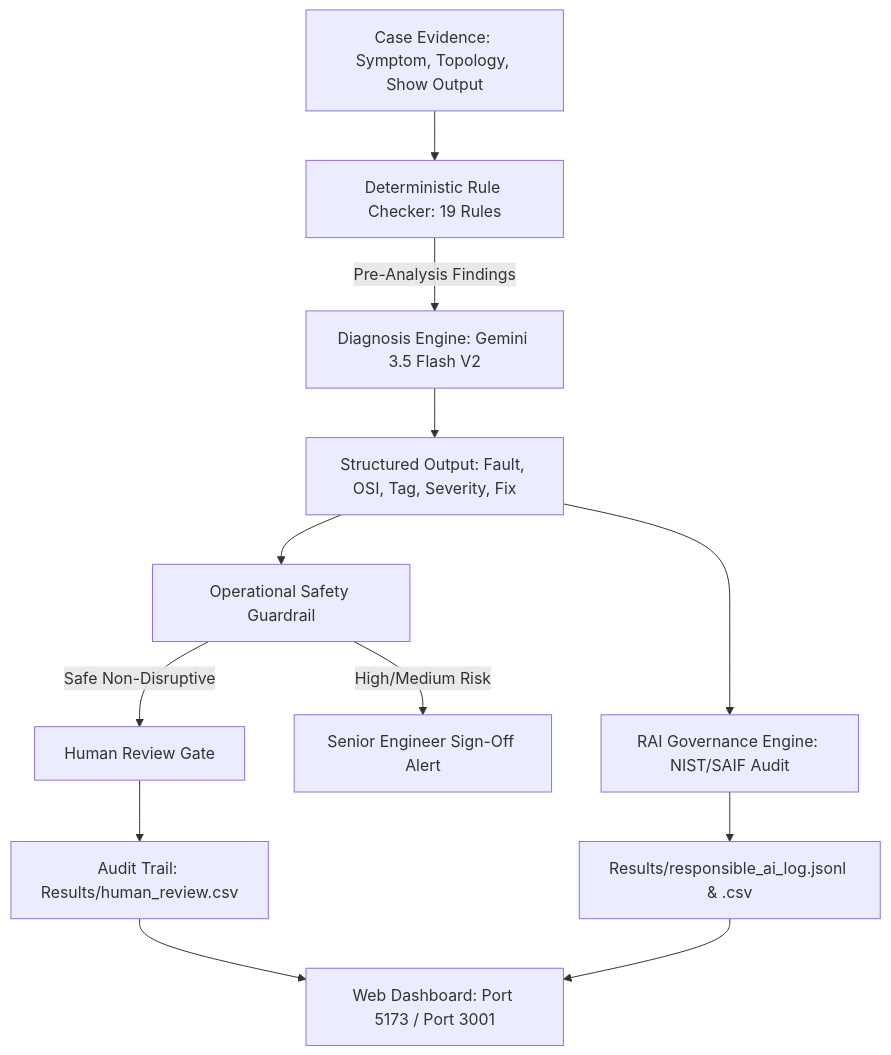
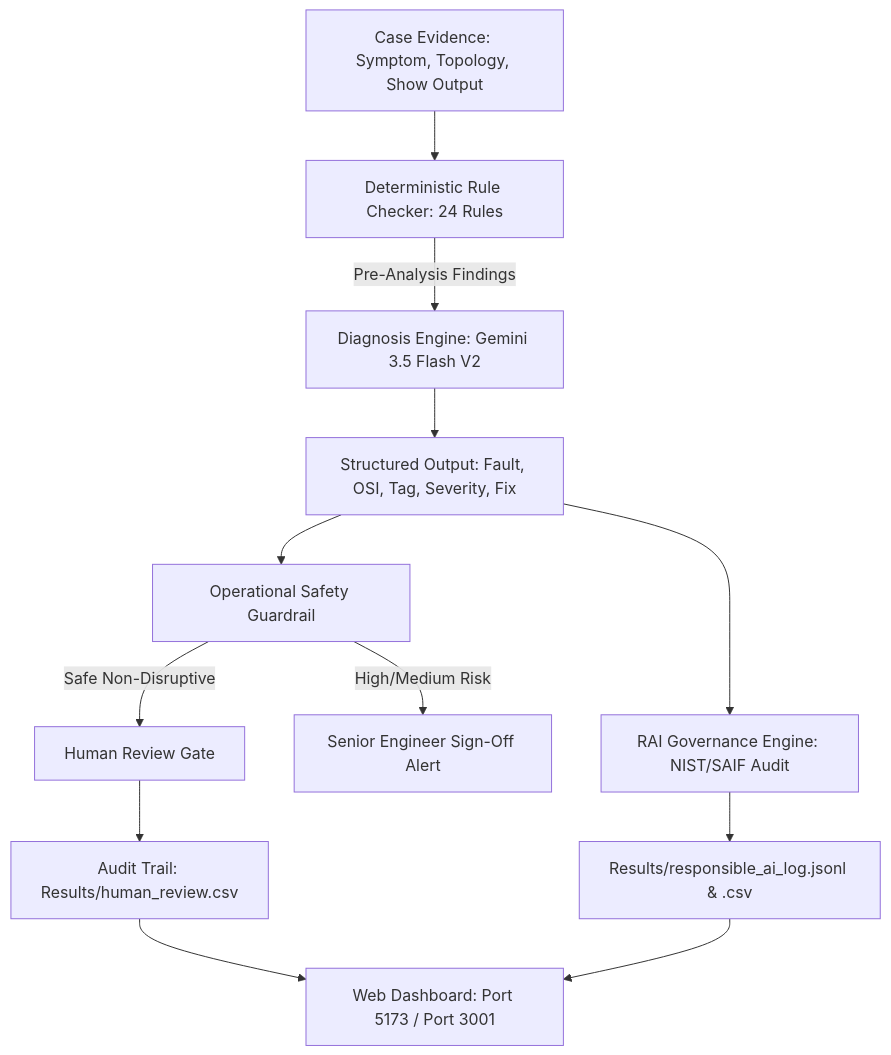
Before and after one commit to Shiva-Altruistic/NetSage-AI: the diagram in DEMO_GUIDE.md, drawn with Mermaid. The commit also changed other lines of this file and 12 other files, not shown here.

````diff
--- a/DEMO_GUIDE.md
+++ b/DEMO_GUIDE.md
@@ -23,14 +23,14 @@
 ```mermaid
 graph TD
-    A[Case Evidence: Symptom, Topology, Show Output] --> B[Deterministic Rule Checker: 19 Rules]
+    A[Case Evidence: Symptom, Topology, Show Output] --> B[Deterministic Rule Checker: 24 Rules]
     B -->|Pre-Analysis Findings| C[Diagnosis Engine: Gemini 3.5 Flash V2]
     C --> D[Structured Output: Fault, OSI, Tag, Severity, Fix]
     D --> E[Operational Safety Guardrail]
     E -->|Safe Non-Disruptive| F[Human Review Gate]
     E -->|High/Medium Risk| G[Senior Engineer Sign-Off Alert]
     F --> H[Audit Trail: Results/human_review.csv]
     D --> I[RAI Governance Engine: NIST/SAIF Audit]
     I --> J[Results/responsible_ai_log.jsonl & .csv]
     H --> K[Web Dashboard: Port 5173 / Port 3001]
     J --> K
 ```
````
